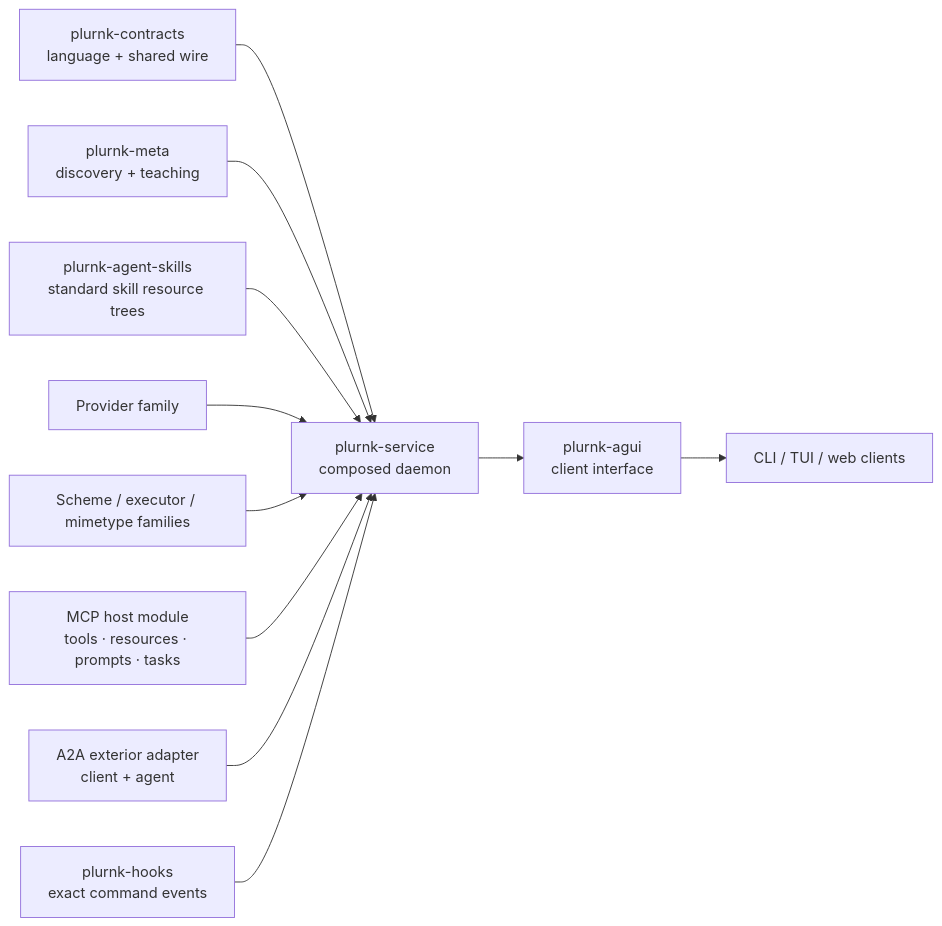
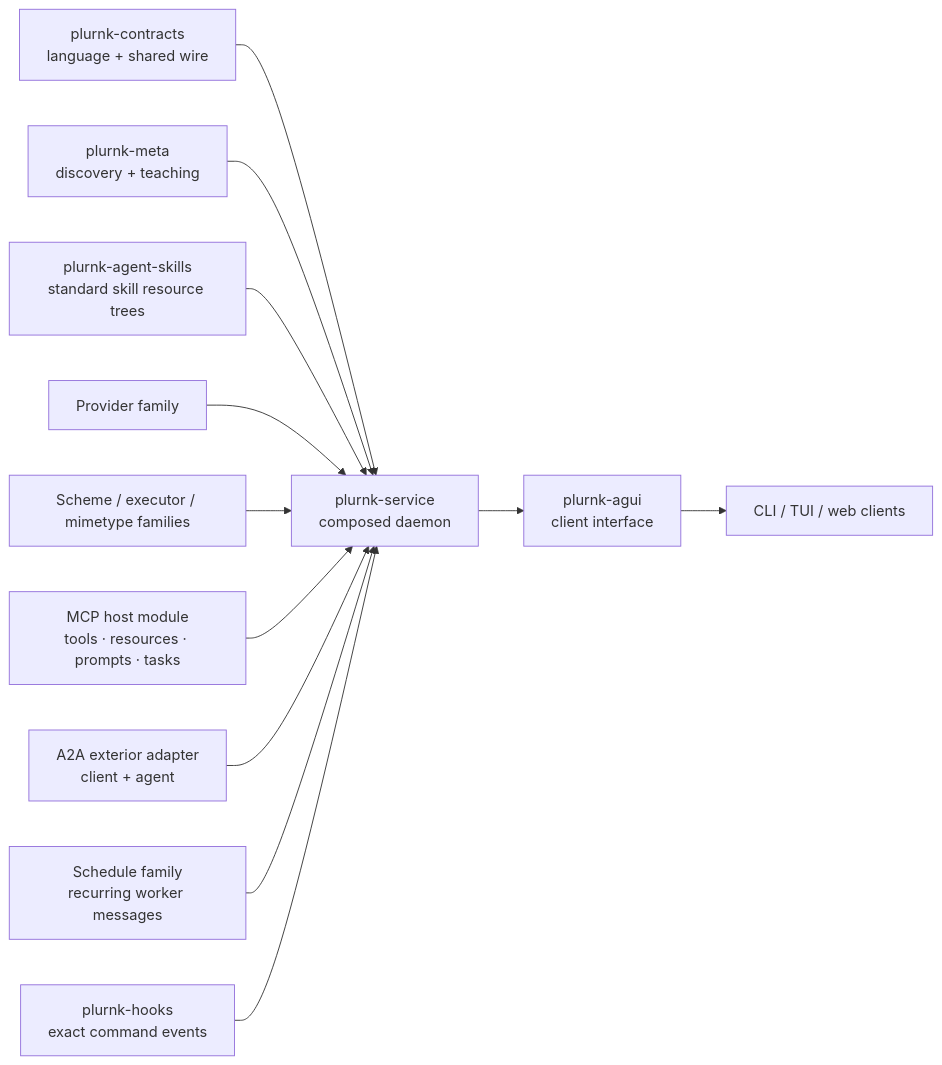
Before and after one commit to plurnk/plurnk-service: the second of 4 diagrams in ARCHITECTURE.md, drawn with Mermaid. The commit also changed other lines of this file and 8 other files, not shown here.

````diff
--- a/ARCHITECTURE.md
+++ b/ARCHITECTURE.md
@@ -32,14 +32,15 @@
 ```mermaid
 flowchart LR
     contracts["plurnk-contracts<br/>language + shared wire"] --> core
     meta["plurnk-meta<br/>discovery + teaching"] --> core
     skills["plurnk-agent-skills<br/>standard skill resource trees"] --> core
     providers["Provider family"] --> core
     capabilities["Scheme / executor / mimetype families"] --> core
     mcp["MCP host module<br/>tools · resources · prompts · tasks"] --> core
     a2a["A2A exterior adapter<br/>client + agent"] --> core
+    schedule["Schedule family<br/>recurring worker messages"] --> core
     hooks["plurnk-hooks<br/>exact command events"] --> core
     core["plurnk-service<br/>composed daemon"]
     core --> agui["plurnk-agui<br/>client interface"]
     agui --> clients["CLI / TUI / web clients"]
 ```
````
